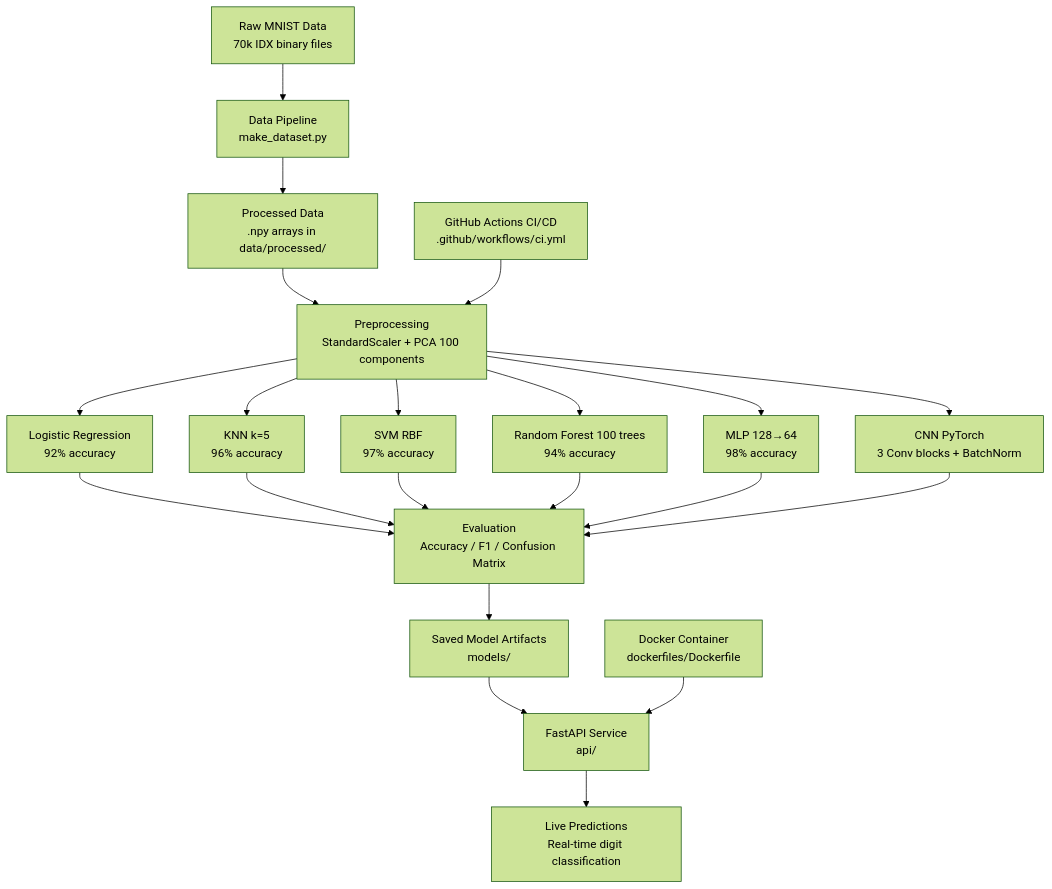
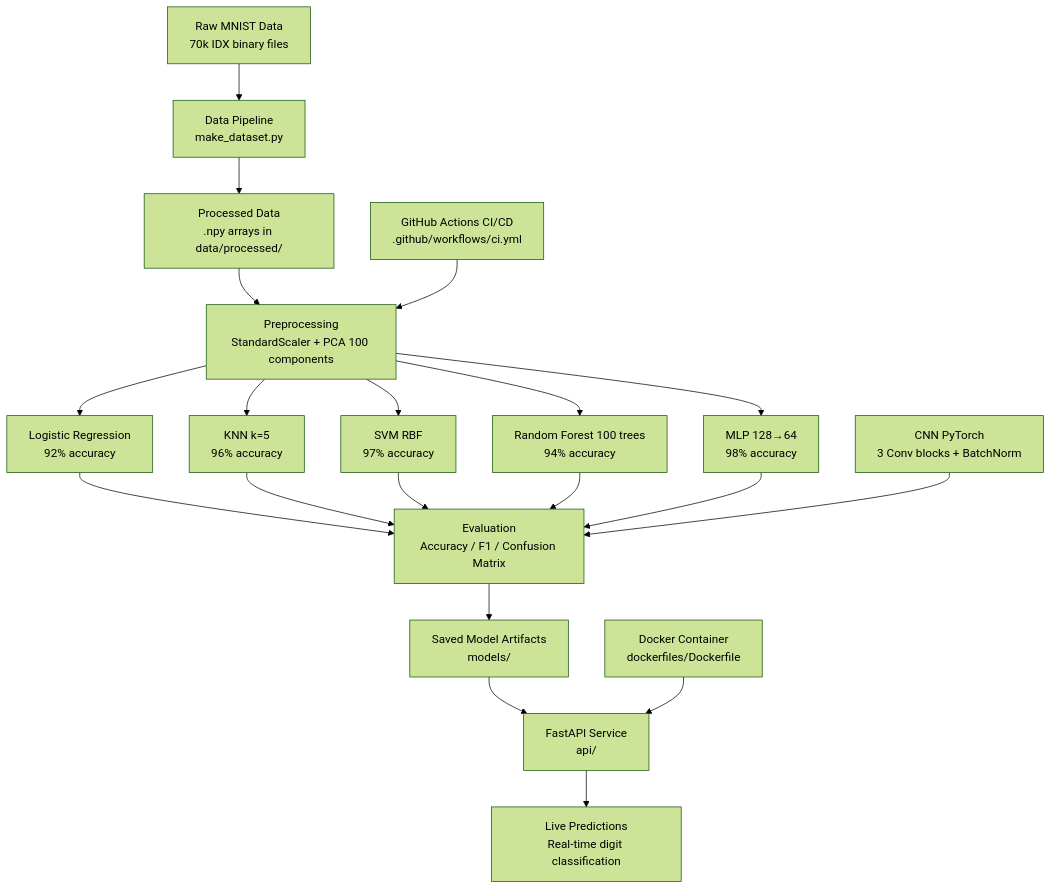
One commit to cai-squared/s4p_mnist changed the diagram in README.md. Above: the diagram before and after it, drawn with Mermaid (forest theme). The commit also changed 5 other files, not shown here.

````diff
--- a/README.md
+++ b/README.md
@@ -34,18 +34,18 @@
 ```mermaid
 flowchart TD
     A[Raw MNIST Data\n70k IDX binary files] --> B[Data Pipeline\nmake_dataset.py]
     B --> C[Processed Data\n.npy arrays in data/processed/]
     C --> D[Preprocessing\nStandardScaler + PCA 100 components]
     D --> E1[Logistic Regression\n92% accuracy]
     D --> E2[KNN k=5\n96% accuracy]
     D --> E3[SVM RBF\n97% accuracy]
     D --> E4[Random Forest 100 trees\n94% accuracy]
     D --> E5[MLP 128→64\n98% accuracy]
-    D --> E6[CNN PyTorch\n3 Conv blocks + BatchNorm]
+    E6[CNN PyTorch\n3 Conv blocks + BatchNorm]
     E1 & E2 & E3 & E4 & E5 & E6 --> F[Evaluation\nAccuracy / F1 / Confusion Matrix]
     F --> G[Saved Model Artifacts\nmodels/]
     G --> H[FastAPI Service\napi/]
     H --> I[Live Predictions\nReal-time digit classification]
     J[GitHub Actions CI/CD\n.github/workflows/ci.yml] --> D
     K[Docker Container\ndockerfiles/Dockerfile] --> H
 ```
````
